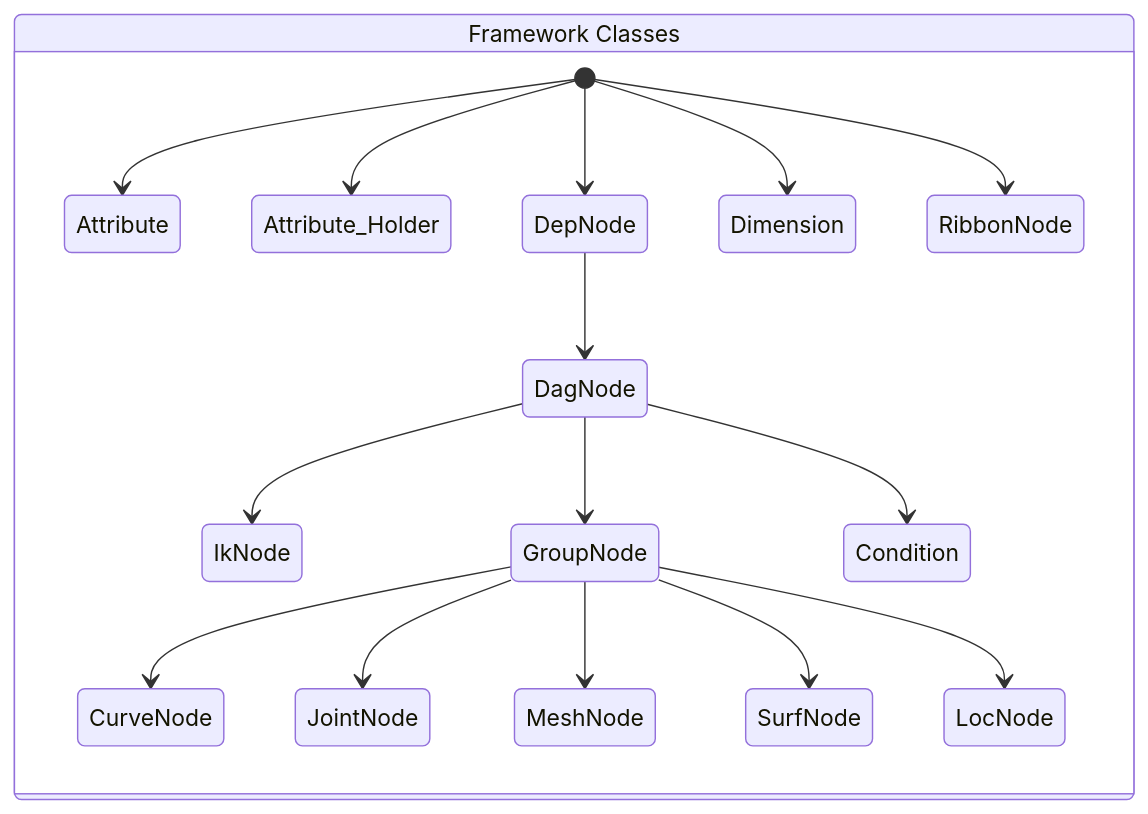
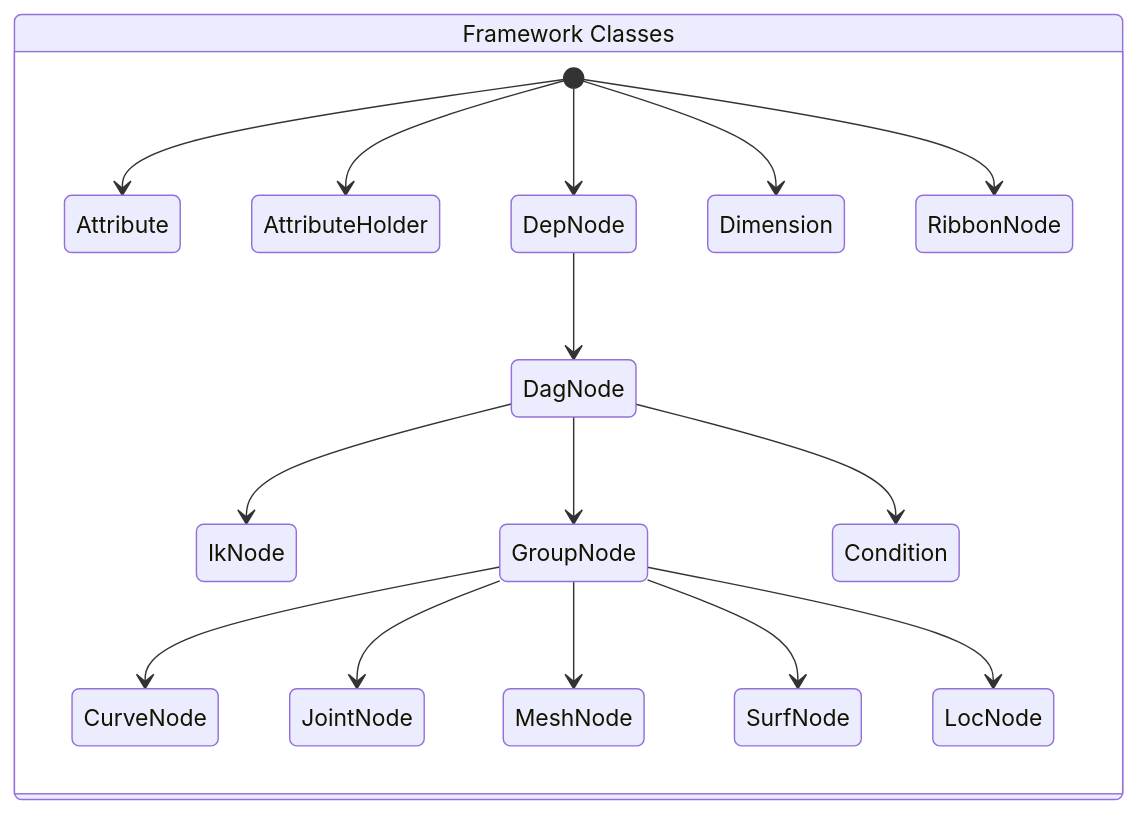
The second of 2 diagrams in README.md (nickyliux/nl_rigging_tools), drawn with Mermaid before and after one commit. The commit also changed 17 other files, not shown here.

````diff
--- a/README.md
+++ b/README.md
@@ -48,20 +48,20 @@
 ```mermaid
 stateDiagram
     rfc: Framework Classes
     state rfc {
         [*] --> Attribute
-        [*] --> Attribute_Holder
+        [*] --> AttributeHolder
         [*] --> DepNode
         [*] --> Dimension
         [*] --> RibbonNode
         DepNode --> DagNode
         DagNode --> IkNode
         DagNode --> GroupNode
         DagNode --> Condition
         GroupNode --> CurveNode
         GroupNode --> JointNode
         GroupNode --> MeshNode
         GroupNode --> SurfNode
         GroupNode --> LocNode
     }
 ```
````
